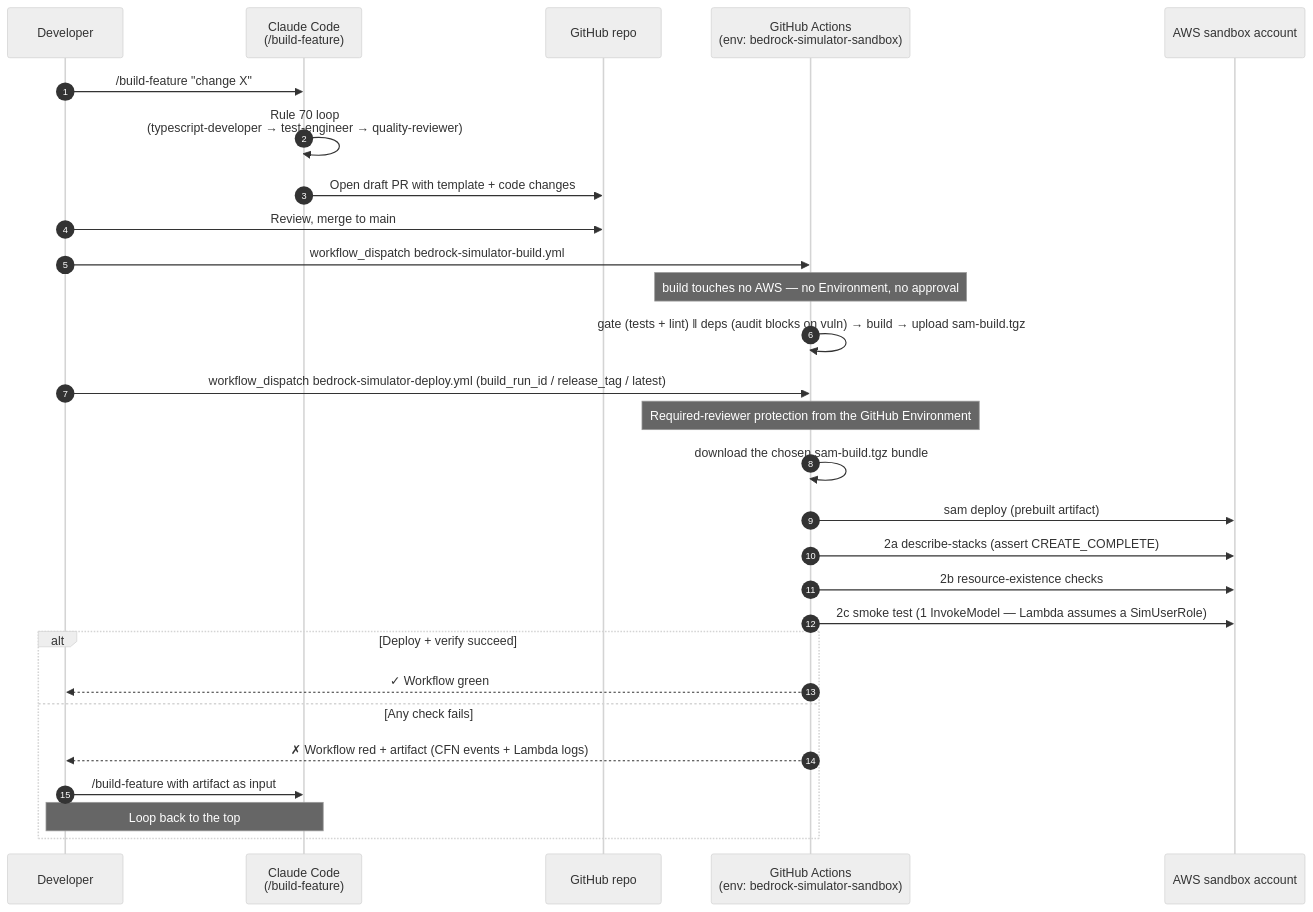
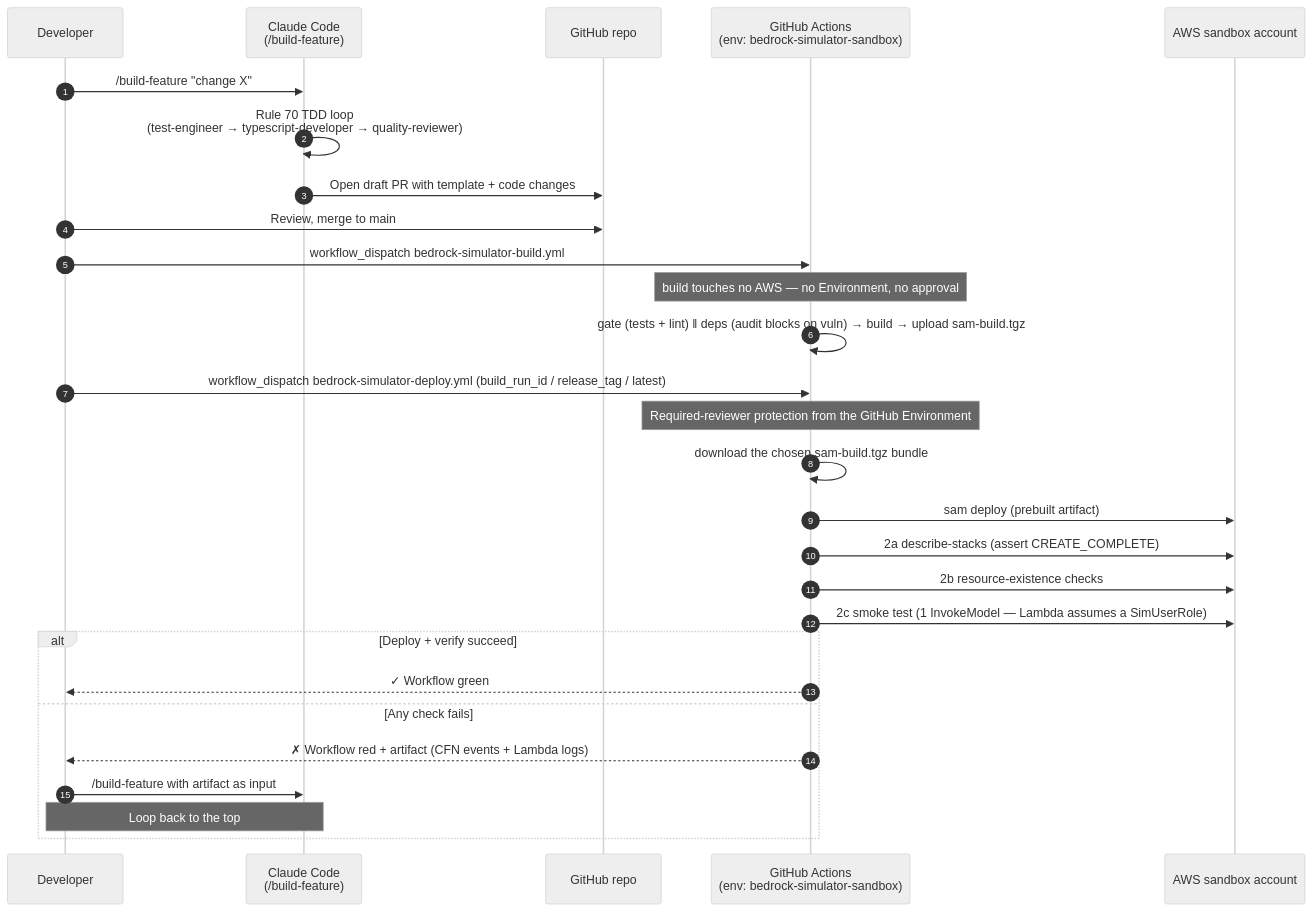
One commit to fibaneza/llm-usage-lens changed the second of 3 diagrams in docs/guides/bedrock-simulator.md. Above: the diagram before and after it, drawn with Mermaid (neutral theme). The commit also changed 10 other files, not shown here.

Commit message:
docs: reorder agent workflow to TDD (test-engineer writes failing tests first) (#80)

````diff
--- a/docs/guides/bedrock-simulator.md
+++ b/docs/guides/bedrock-simulator.md
@@ -383,31 +383,31 @@
 ```mermaid
 sequenceDiagram
     autonumber
     participant Dev as Developer
     participant CCD as Claude Code<br/>(/build-feature)
     participant Repo as GitHub repo
     participant GA as GitHub Actions<br/>(env: bedrock-simulator-sandbox)
     participant AWS as AWS sandbox account
 
     Dev->>CCD: /build-feature "change X"
-    CCD->>CCD: Rule 70 loop<br/>(typescript-developer → test-engineer → quality-reviewer)
+    CCD->>CCD: Rule 70 TDD loop<br/>(test-engineer → typescript-developer → quality-reviewer)
     CCD->>Repo: Open draft PR with template + code changes
     Dev->>Repo: Review, merge to main
     Dev->>GA: workflow_dispatch bedrock-simulator-build.yml
     Note over GA: build touches no AWS — no Environment, no approval
     GA->>GA: gate (tests + lint) ‖ deps (audit blocks on vuln) → build → upload sam-build.tgz
     Dev->>GA: workflow_dispatch bedrock-simulator-deploy.yml (build_run_id / release_tag / latest)
     Note over GA: Required-reviewer protection from the GitHub Environment
     GA->>GA: download the chosen sam-build.tgz bundle
     GA->>AWS: sam deploy (prebuilt artifact)
     GA->>AWS: 2a describe-stacks (assert CREATE_COMPLETE)
     GA->>AWS: 2b resource-existence checks
     GA->>AWS: 2c smoke test (1 InvokeModel — Lambda assumes a SimUserRole)
     alt Deploy + verify succeed
         GA-->>Dev: ✓ Workflow green
     else Any check fails
         GA-->>Dev: ✗ Workflow red + artifact (CFN events + Lambda logs)
         Dev->>CCD: /build-feature with artifact as input
         Note over CCD,Dev: Loop back to the top
     end
 ```
````
